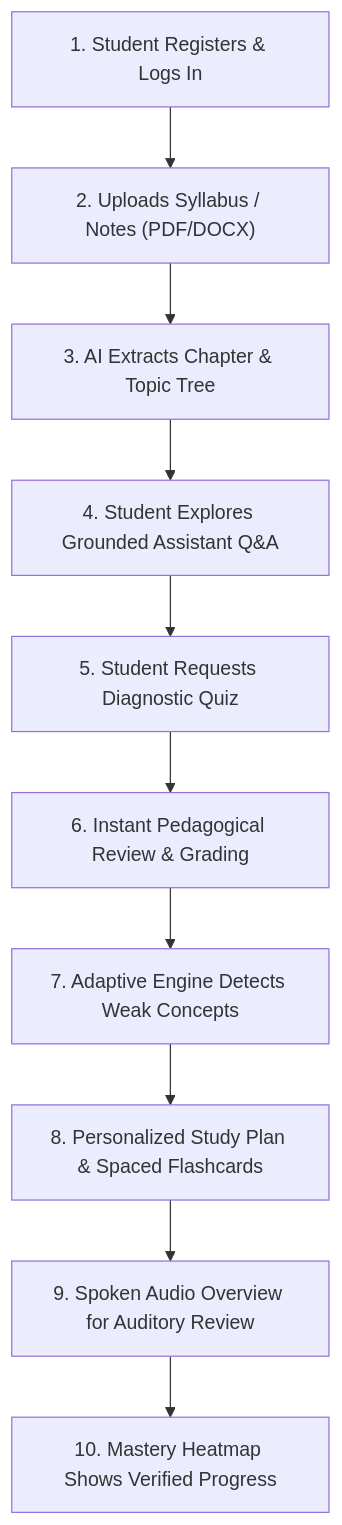
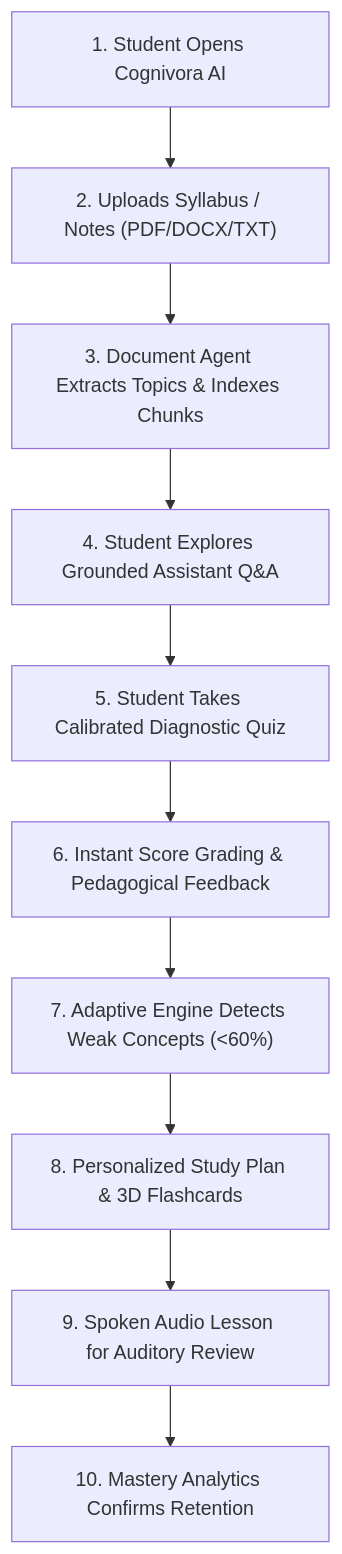
The sixth of 10 diagrams in README.md (varun16-dev/Cognivora-AI), drawn with Mermaid before and after one commit. The commit also changed other lines of this file and 55 other files, not shown here.

````diff
--- a/README.md
+++ b/README.md
@@ -299,12 +248,12 @@
 ```mermaid
 flowchart TD
-    U1["1. Student Registers & Logs In"] --> U2["2. Uploads Syllabus / Notes (PDF/DOCX)"]
-    U2 --> U3["3. AI Extracts Chapter & Topic Tree"]
+    U1["1. Student Opens Cognivora AI"] --> U2["2. Uploads Syllabus / Notes (PDF/DOCX/TXT)"]
+    U2 --> U3["3. Document Agent Extracts Topics & Indexes Chunks"]
     U3 --> U4["4. Student Explores Grounded Assistant Q&A"]
-    U4 --> U5["5. Student Requests Diagnostic Quiz"]
-    U5 --> U6["6. Instant Pedagogical Review & Grading"]
-    U6 --> U7["7. Adaptive Engine Detects Weak Concepts"]
-    U7 --> U8["8. Personalized Study Plan & Spaced Flashcards"]
-    U8 --> U9["9. Spoken Audio Overview for Auditory Review"]
-    U9 --> U10["10. Mastery Heatmap Shows Verified Progress"]
+    U4 --> U5["5. Student Takes Calibrated Diagnostic Quiz"]
+    U5 --> U6["6. Instant Score Grading & Pedagogical Feedback"]
+    U6 --> U7["7. Adaptive Engine Detects Weak Concepts (<60%)"]
+    U7 --> U8["8. Personalized Study Plan & 3D Flashcards"]
+    U8 --> U9["9. Spoken Audio Lesson for Auditory Review"]
+    U9 --> U10["10. Mastery Analytics Confirms Retention"]
 ```
````
